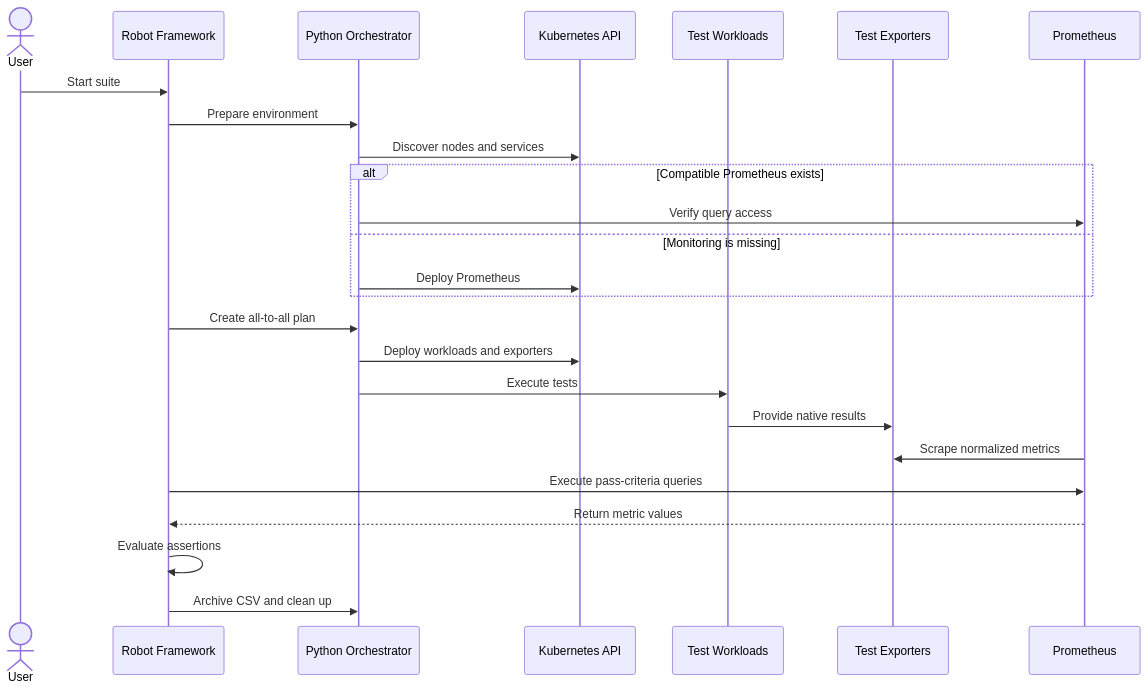
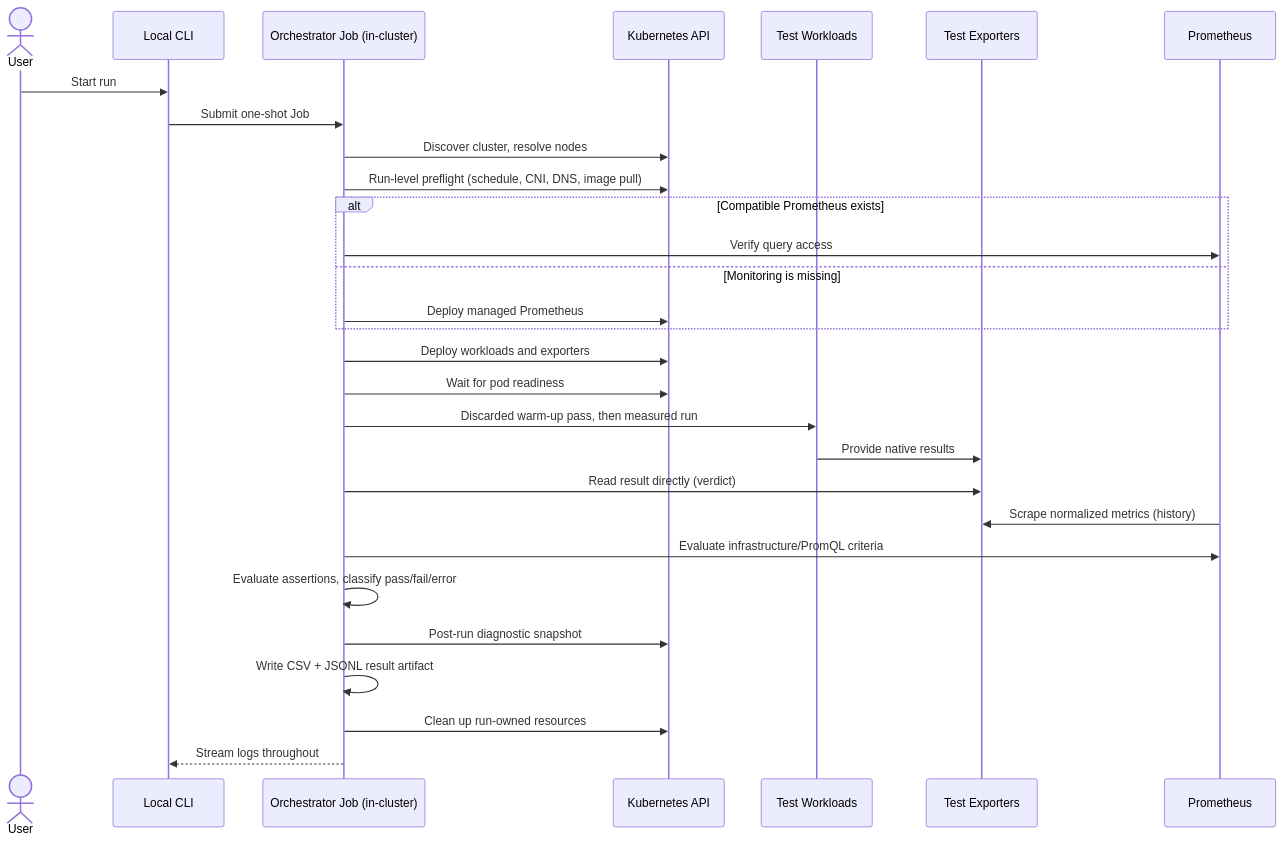
The second of 3 diagrams in README.md (dokimi-io/dokimi), drawn with Mermaid before and after one commit. The commit also changed other lines of this file and 1 other file, not shown here.

````diff
--- a/README.md
+++ b/README.md
@@ -207,30 +310,34 @@
 ```mermaid
 sequenceDiagram
     actor User
-    participant Robot as Robot Framework
-    participant Orch as Python Orchestrator
+    participant CLI as Local CLI
+    participant Job as Orchestrator Job (in-cluster)
     participant K8s as Kubernetes API
     participant Test as Test Workloads
     participant Exporter as Test Exporters
     participant Prom as Prometheus
 
-    User->>Robot: Start suite
-    Robot->>Orch: Prepare environment
-    Orch->>K8s: Discover nodes and services
+    User->>CLI: Start run
+    CLI->>Job: Submit one-shot Job
+    Job->>K8s: Discover cluster, resolve nodes
+    Job->>K8s: Run-level preflight (schedule, CNI, DNS, image pull)
 
     alt Compatible Prometheus exists
-        Orch->>Prom: Verify query access
+        Job->>Prom: Verify query access
     else Monitoring is missing
-        Orch->>K8s: Deploy Prometheus
+        Job->>K8s: Deploy managed Prometheus
     end
 
-    Robot->>Orch: Create all-to-all plan
-    Orch->>K8s: Deploy workloads and exporters
-    Orch->>Test: Execute tests
+    Job->>K8s: Deploy workloads and exporters
+    Job->>K8s: Wait for pod readiness
+    Job->>Test: Discarded warm-up pass, then measured run
     Test->>Exporter: Provide native results
-    Prom->>Exporter: Scrape normalized metrics
-    Robot->>Prom: Execute pass-criteria queries
-    Prom-->>Robot: Return metric values
-    Robot->>Robot: Evaluate assertions
-    Robot->>Orch: Archive CSV and clean up
+    Job->>Exporter: Read result directly (verdict)
+    Prom->>Exporter: Scrape normalized metrics (history)
+    Job->>Prom: Evaluate infrastructure/PromQL criteria
+    Job->>Job: Evaluate assertions, classify pass/fail/error
+    Job->>K8s: Post-run diagnostic snapshot
+    Job->>Job: Write CSV + JSONL result artifact
+    Job->>K8s: Clean up run-owned resources
+    Job-->>CLI: Stream logs throughout
 ```
````
